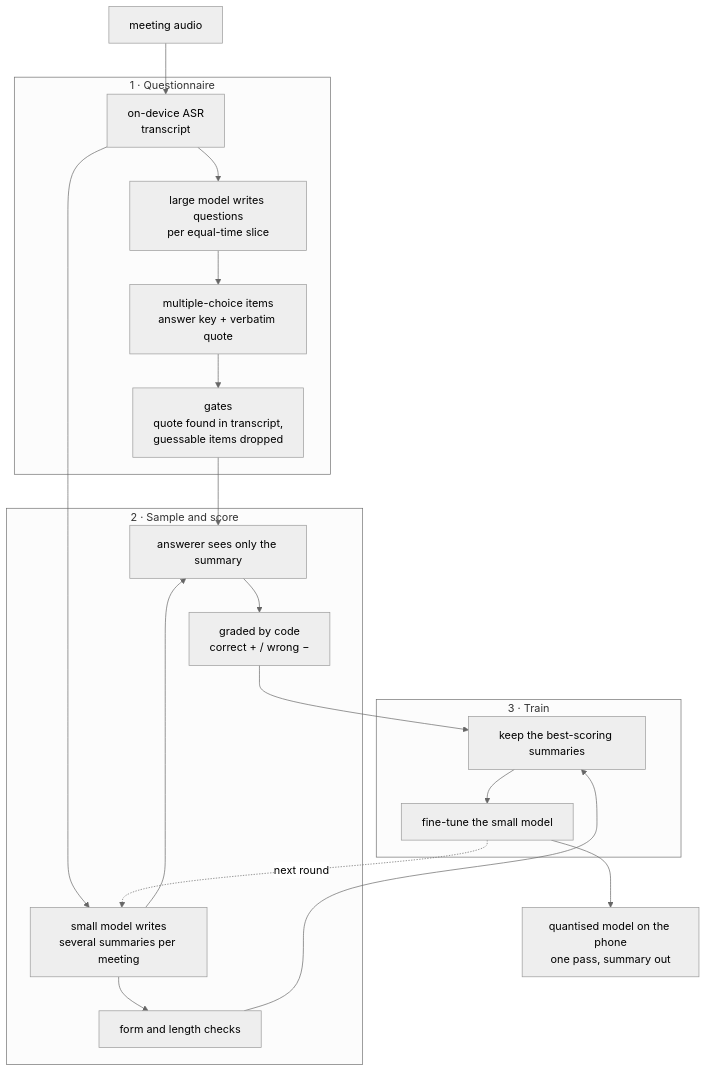
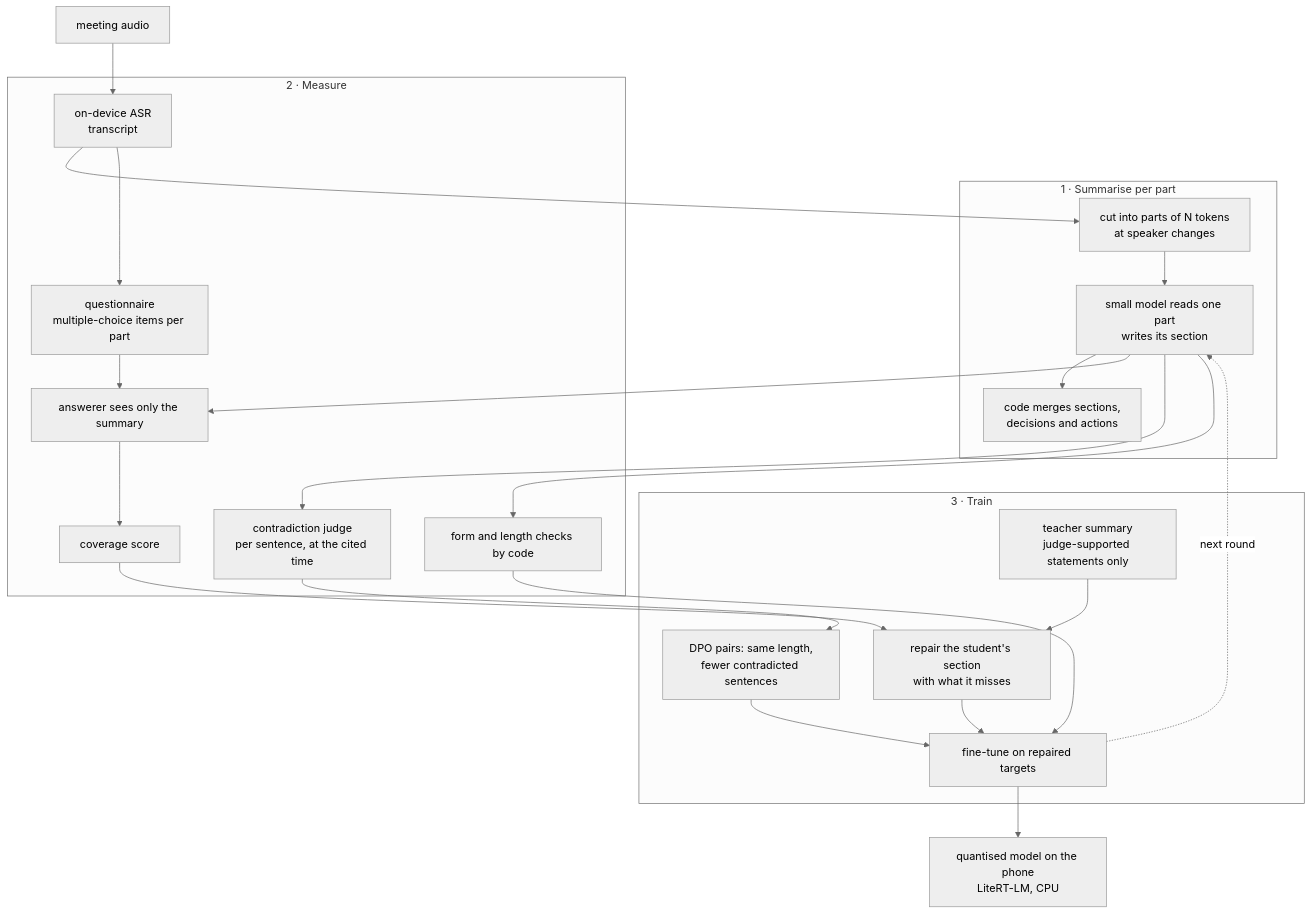
One commit to vieenrose/meeting-summarizer changed the diagram in README.md. Above: the diagram before and after it, drawn with Mermaid (neutral theme). The commit also changed other lines of this file, not shown here.

Commit message:
README: measurement and training-signal section redrawn for v5 (per part, repair + contradiction DPO)

````diff
--- a/README.md
+++ b/README.md
@@ -65,27 +65,31 @@
 ```mermaid
 flowchart TD
     A[meeting audio] --> B[on-device ASR<br/>transcript]
+    B --> P[cut into parts of N tokens<br/>at speaker changes]
 
-    subgraph P1[1 · Questionnaire]
-        B --> C[large model writes questions<br/>per equal-time slice]
-        C --> D[multiple-choice items<br/>answer key + verbatim quote]
-        D --> E[gates<br/>quote found in transcript,<br/>guessable items dropped]
+    subgraph S1[1 · Summarise per part]
+        P --> F[small model reads one part<br/>writes its section]
+        F --> M[code merges sections,<br/>decisions and actions]
     end
 
-    subgraph P2[2 · Sample and score]
-        B --> F[small model writes<br/>several summaries per meeting]
+    subgraph S2[2 · Measure]
+        B --> Q[questionnaire<br/>multiple-choice items per part]
         F --> G[answerer sees only the summary]
-        E --> G
-        G --> H[graded by code<br/>correct + / wrong −]
-        F --> I[form and length checks]
+        Q --> G
+        G --> H[coverage score]
+        F --> J[contradiction judge<br/>per sentence, at the cited time]
+        F --> I[form and length checks by code]
     end
 
-    subgraph P3[3 · Train]
-        H --> J[keep the best-scoring summaries]
-        I --> J
-        J --> K[fine-tune the small model]
+    subgraph S3[3 · Train]
+        T[teacher summary<br/>judge-supported statements only] --> R[repair the student's section<br/>with what it misses]
+        H --> R
+        R --> K[fine-tune on repaired targets]
+        J --> D[DPO pairs: same length,<br/>fewer contradicted sentences]
+        D --> K
+        I --> K
         K -.next round.-> F
     end
 
-    K --> L[quantised model on the phone<br/>one pass, summary out]
+    K --> L[quantised model on the phone<br/>LiteRT-LM, CPU]
 ```
````
